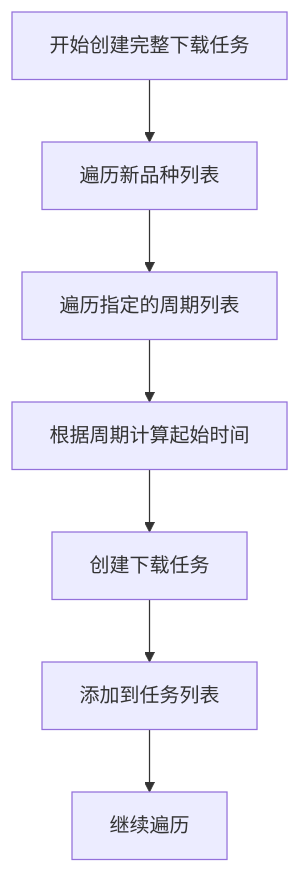
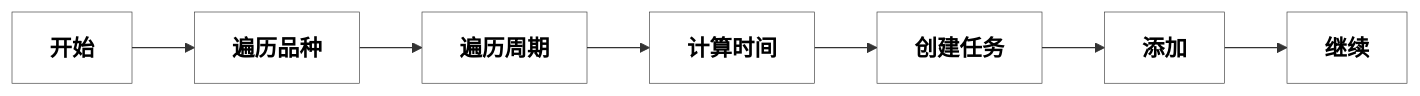
One commit to workkkfor2012/BinanceCryptoKline changed the eighth of 16 diagrams in docs/kline_data_download_flow.md. Above: the diagram before and after it, drawn with Mermaid. The commit also changed other lines of this file and 49 other files, not shown here.

````diff
--- a/docs/kline_data_download_flow.md
+++ b/docs/kline_data_download_flow.md
@@ -135,9 +151,8 @@
 ```mermaid
-flowchart TD
-    A[开始创建完整下载任务] --> B[遍历新品种列表]
-    B --> C[遍历指定的周期列表]
-    C --> D[根据周期计算起始时间]
-    D --> E[创建下载任务]
-    E --> F[添加到任务列表]
-    F --> G[继续遍历]
+flowchart LR
+    A[开始]-->B[遍历品种]-->C[遍历周期]-->D[计算时间]-->E[创建任务]-->F[添加]-->G[继续]
+
+    classDef default fill:#f9f9f9,stroke:#333,stroke-width:0.5px;
+    classDef nodeStyle fill:#ffffff,stroke:#333,color:black,font-weight:bold,font-size:18px
+    class A,B,C,D,E,F,G nodeStyle
 ```
````
